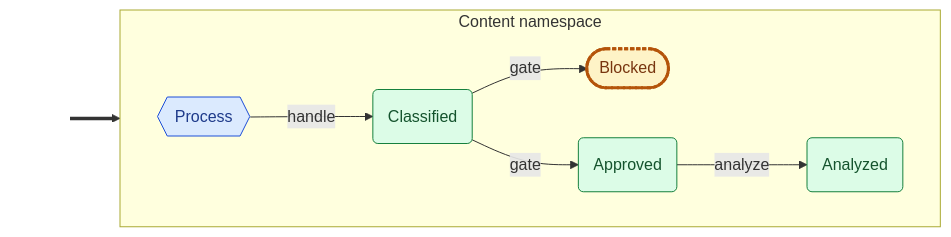
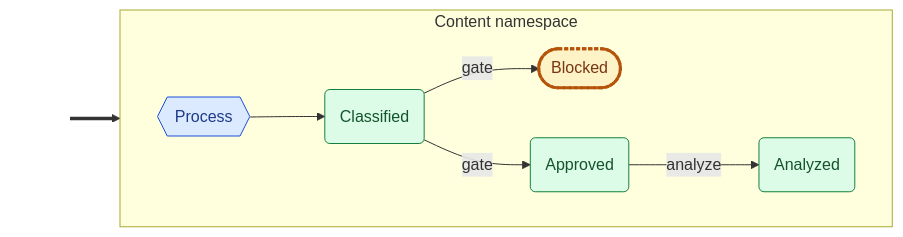
Before and after one commit to cadance-io/langgraph-events: the second of 2 diagrams in examples/content_pipeline.graph.md, drawn with Mermaid. The commit also changed other lines of this file and 17 other files, not shown here.

````diff
--- a/examples/content_pipeline.graph.md
+++ b/examples/content_pipeline.graph.md
@@ -48,23 +48,23 @@
 ```mermaid
 graph LR
     classDef entry fill:none,stroke:none,color:none
     classDef cmd fill:#dbeafe,stroke:#1d4ed8,color:#1e3a8a
     classDef devt fill:#dcfce7,stroke:#15803d,color:#14532d
     classDef intg fill:#ede9fe,stroke:#6d28d9,color:#4c1d95
     classDef syst fill:#fef3c7,stroke:#b45309,color:#78350f
     classDef halt fill:#fef3c7,stroke:#b45309,color:#78350f,stroke-width:3px,stroke-dasharray:4 2
     classDef inv fill:#ffedd5,stroke:#c2410c,color:#7c2d12
     subgraph Content["Content namespace"]
         direction LR
         Analyzed(Analyzed):::devt
         Approved(Approved):::devt
         Blocked([Blocked]):::halt
         Classified(Classified):::devt
         Process{{Process}}:::cmd
     end
     _e0_[ ]:::entry ==> Process
-    Process -->|handle| Classified
+    Process --> Classified
     Classified -->|gate| Blocked
     Classified -->|gate| Approved
     Approved -->|analyze| Analyzed
 ```
````
